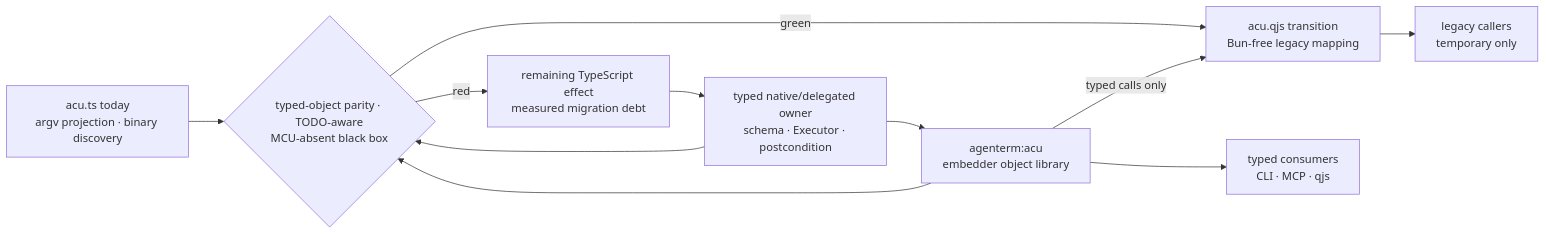
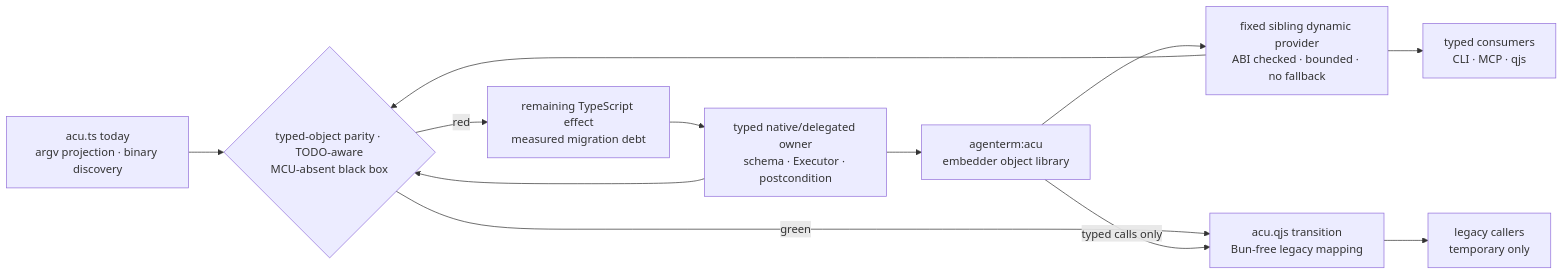
Before and after one commit to partnernetsoftware/agenterm: the first of 19 diagrams in prd/PRD_02_28_agenterm_cu.md, drawn with Mermaid. The commit also changed other lines of this file and 27 other files, not shown here.

Commit message:
script: deliver ACU as fixed sibling provider

````diff
--- a/prd/PRD_02_28_agenterm_cu.md
+++ b/prd/PRD_02_28_agenterm_cu.md
@@ -141,18 +154,19 @@
   ```mermaid
   flowchart LR
     TS["acu.ts today<br/>argv projection · binary discovery"]
     OWNER["typed native/delegated owner<br/>schema · Executor · postcondition"]
     OBJ["agenterm:acu<br/>embedder object library"]
+    PROVIDER["fixed sibling dynamic provider<br/>ABI checked · bounded · no fallback"]
     GATE{"typed-object parity · TODO-aware<br/>MCU-absent black box"}
     QJS["acu.qjs transition<br/>Bun-free legacy mapping"]
     USERS["typed consumers<br/>CLI · MCP · qjs"]
     LEGACY["legacy callers<br/>temporary only"]
     DEBT["remaining TypeScript effect<br/>measured migration debt"]
-    OWNER --> OBJ --> USERS
+    OWNER --> OBJ --> PROVIDER --> USERS
     TS --> GATE
     OWNER --> GATE
-    OBJ --> GATE
+    PROVIDER --> GATE
     GATE -->|red| DEBT --> OWNER
     GATE -->|green| QJS --> LEGACY
     OBJ -->|typed calls only| QJS
   ```
````
